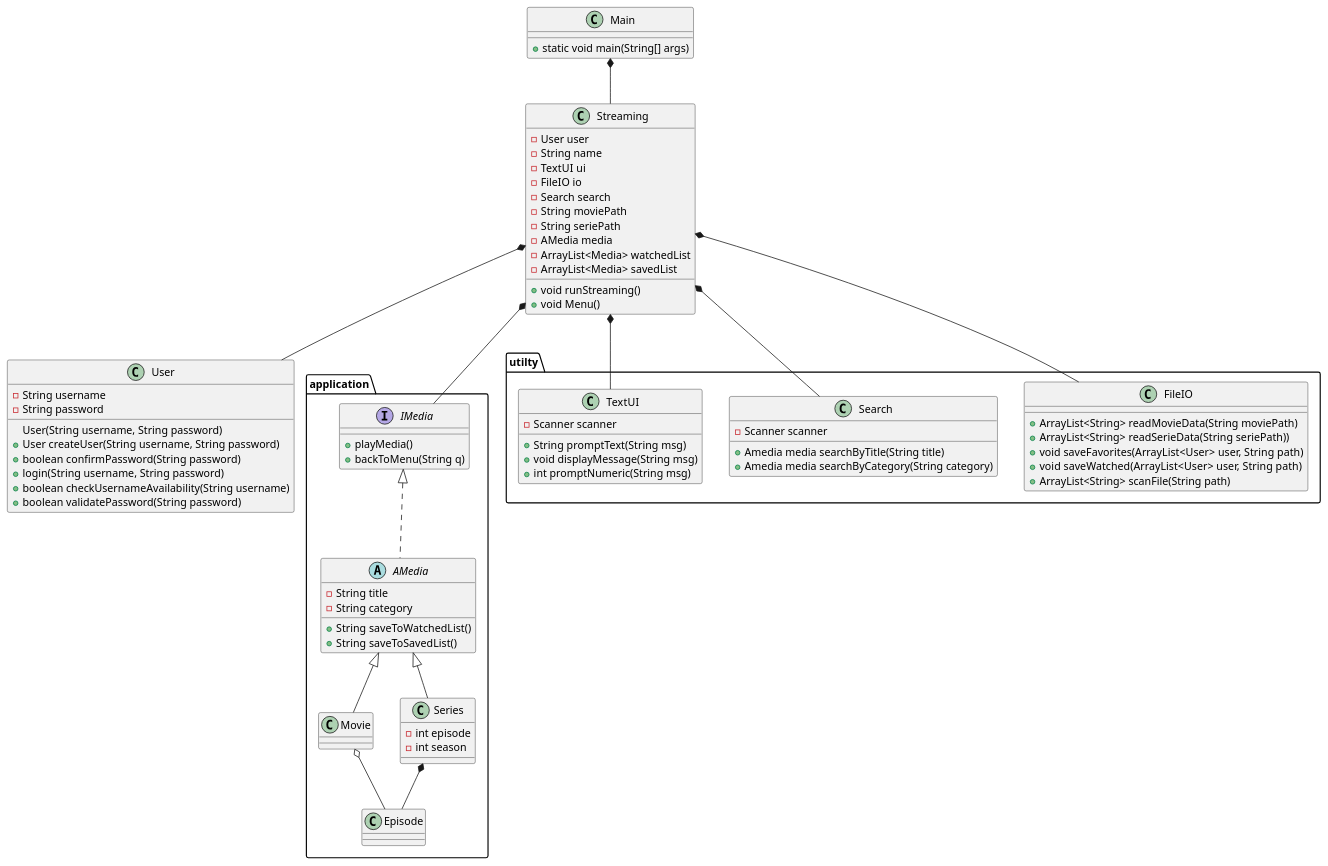
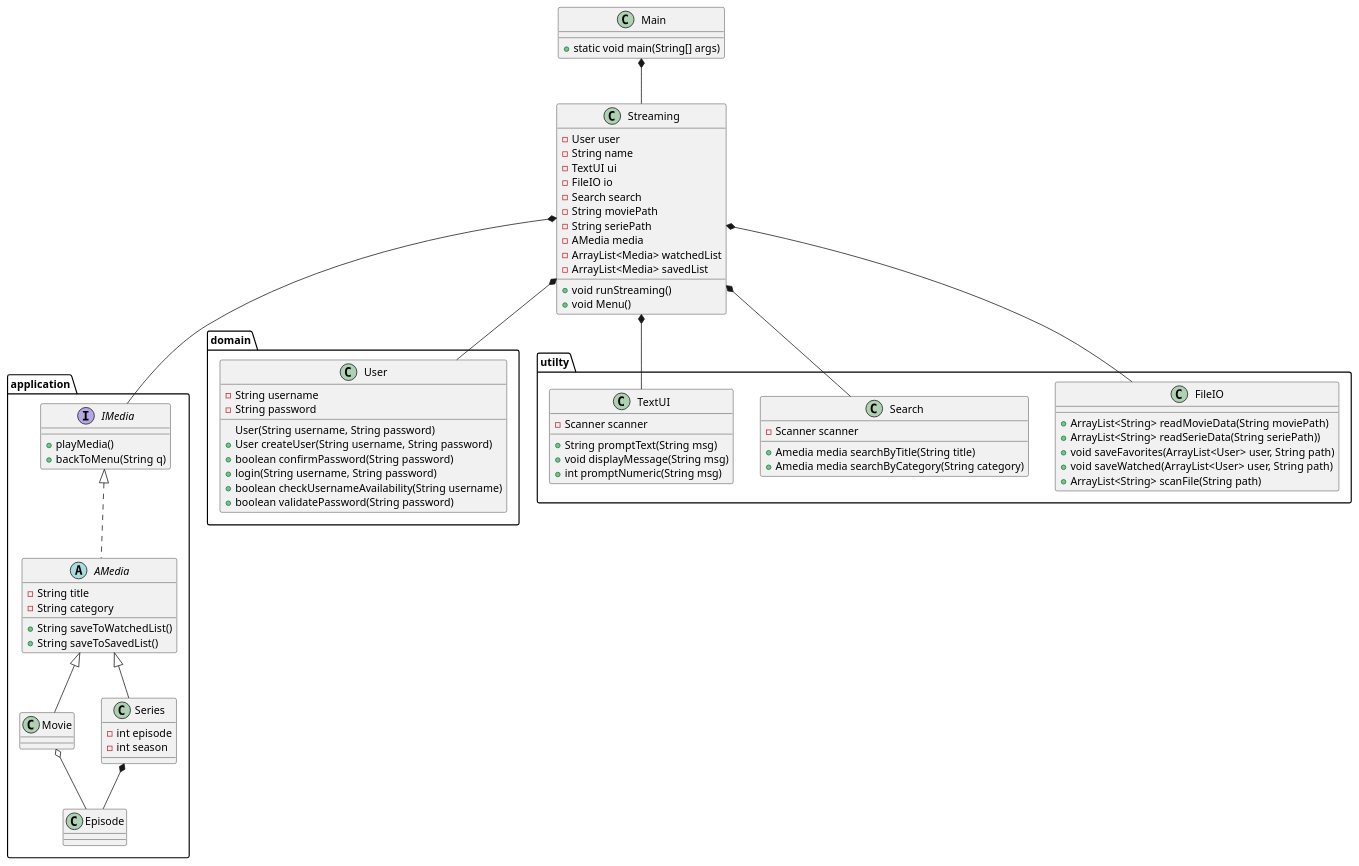
Before and after one commit to mrPrimeBeef/Sem1-Project-MovieStream: the diagram in Doc/Static/ClassDiagramv1.puml, drawn with PlantUML. The commit also changed 3 other files, not shown here.

```diff
--- a/Doc/Static/ClassDiagramv1.puml
+++ b/Doc/Static/ClassDiagramv1.puml
@@ -1,97 +1,99 @@
 @startuml
 
 class Main {
 + static void main(String[] args)
 }
 package application{
 interface IMedia {
 + playMedia()
 + backToMenu(String q)
 '+ pauseMedia()
 }
 
 abstract AMedia {
 - String title
 - String category
 + String saveToWatchedList()
 + String saveToSavedList()
 }
 
 class Movie {
 
 }
 
 
 class Series {
 - int episode
 - int season
 }
 class Episode{
 
 }
 }
 
+package domain{
 class User {
 - String username
 - String password
 User(String username, String password)
 'Methods
 + User createUser(String username, String password)
 + boolean confirmPassword(String password)
 + login(String username, String password)
 + boolean checkUsernameAvailability(String username)
 + boolean validatePassword(String password)
+}
 }
 
 class Streaming {
 - User user
 - String name
 - TextUI ui
 - FileIO io
 - Search search
 - String moviePath
 - String seriePath
 - AMedia media
 - ArrayList<Media> watchedList
 - ArrayList<Media> savedList
 + void runStreaming()
 + void Menu()
 }
 
 
 package utilty{
 class FileIO {
 + ArrayList<String> readMovieData(String moviePath)
 + ArrayList<String> readSerieData(String seriePath))
 + void saveFavorites(ArrayList<User> user, String path)
 + void saveWatched(ArrayList<User> user, String path)
 + ArrayList<String> scanFile(String path)
 }
 
 class Search {
 - Scanner scanner
 + Amedia media searchByTitle(String title)
 + Amedia media searchByCategory(String category)
 }
 class TextUI {
 - Scanner scanner
 + String promptText(String msg)
 + void displayMessage(String msg)
 + int promptNumeric(String msg)
 }
 }
 
 
 Main *-- Streaming
 Streaming *-- IMedia
 Streaming *-- User
 Streaming *-- Search
 Streaming *-- TextUI
 IMedia <|.. AMedia
 Streaming *-- FileIO
 AMedia <|-- Movie
 AMedia  <|-- Series
 Series *-- Episode
 Movie o-- Episode
 
 @enduml
```
